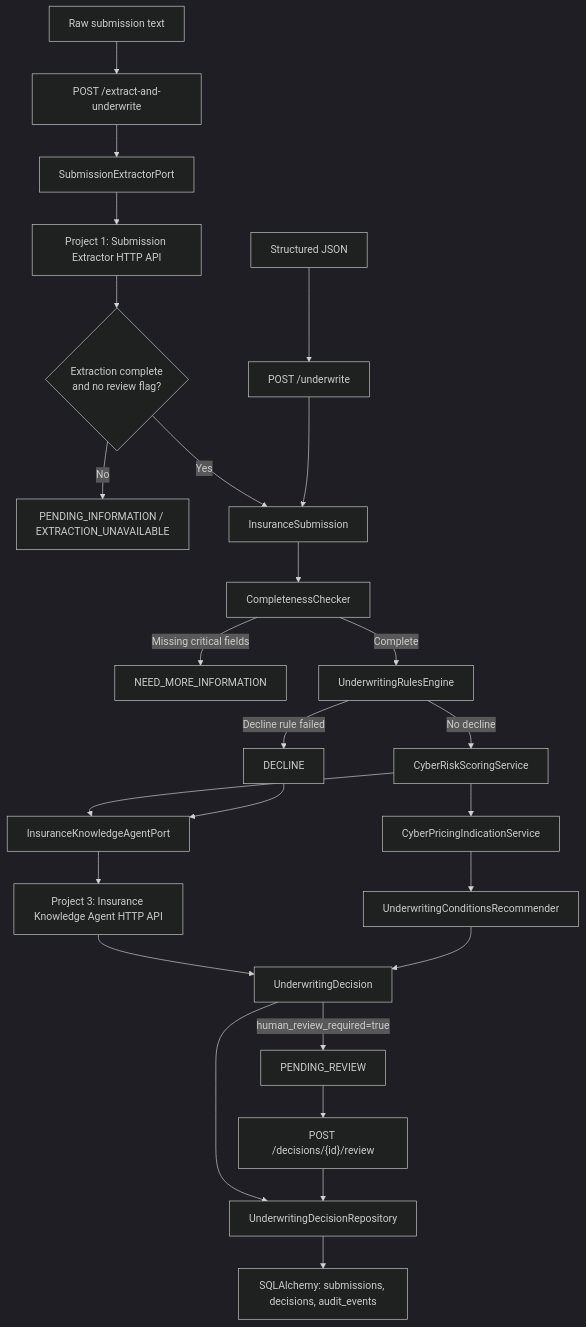
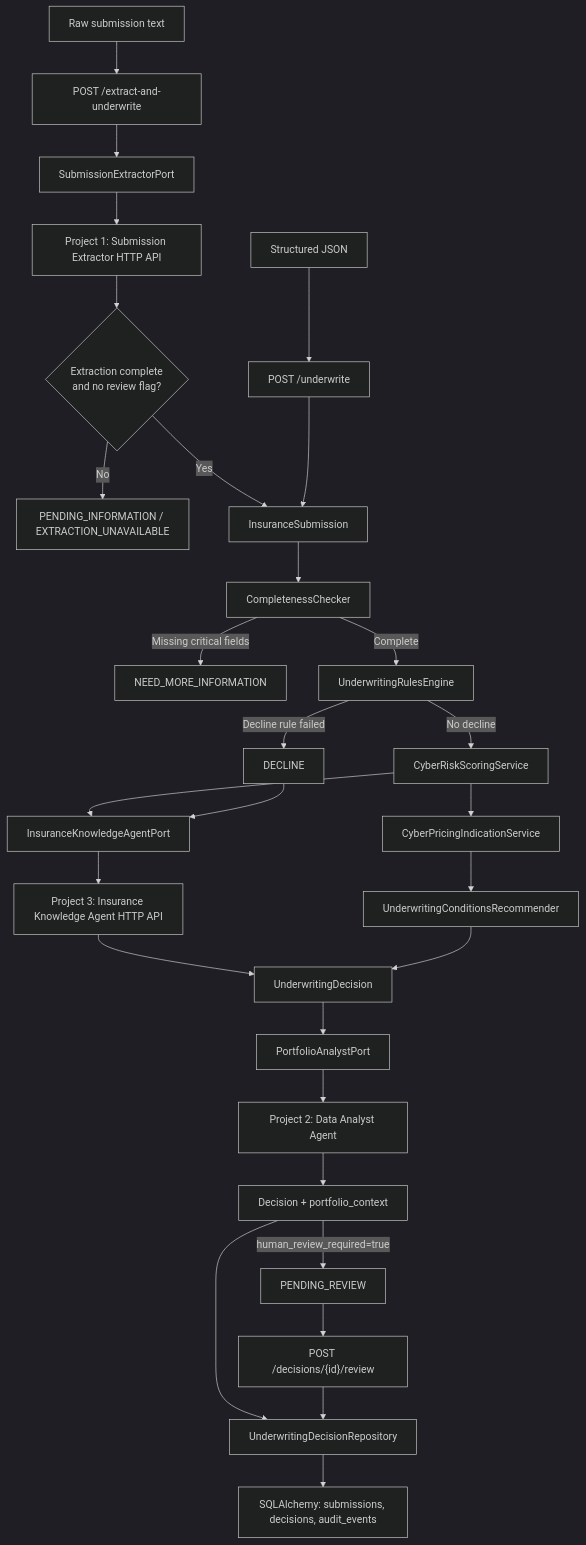
The first of 3 diagrams in docs/system-architecture.md (Kwame-K/underwriting-agent), drawn with Mermaid (dark theme) before and after one commit. The commit also changed other lines of this file and 3 other files, not shown here.

````diff
--- a/docs/system-architecture.md
+++ b/docs/system-architecture.md
@@ -22,33 +22,36 @@
 ```mermaid
 flowchart TD
     A[Raw submission text] --> B[POST /extract-and-underwrite]
     B --> C[SubmissionExtractorPort]
     C --> D[Project 1: Submission Extractor HTTP API]
     D --> E{Extraction complete\nand no review flag?}
     E -- No --> F[PENDING_INFORMATION / EXTRACTION_UNAVAILABLE]
     E -- Yes --> G[InsuranceSubmission]
 
     H[Structured JSON] --> I[POST /underwrite]
     I --> G
 
     G --> J[CompletenessChecker]
     J -- Missing critical fields --> K[NEED_MORE_INFORMATION]
     J -- Complete --> L[UnderwritingRulesEngine]
 
     L -- Decline rule failed --> M[DECLINE]
     L -- No decline --> N[CyberRiskScoringService]
 
     N --> O[CyberPricingIndicationService]
     O --> P[UnderwritingConditionsRecommender]
     N --> Q[InsuranceKnowledgeAgentPort]
     M --> Q
     Q --> R[Project 3: Insurance Knowledge Agent HTTP API]
     R --> S[UnderwritingDecision]
     P --> S
+    S --> PA[PortfolioAnalystPort]
+    PA --> P2[Project 2: Data Analyst Agent]
+    P2 --> S2[Decision + portfolio_context]
 
-    S --> T[UnderwritingDecisionRepository]
+    S2 --> T[UnderwritingDecisionRepository]
     T --> U[SQLAlchemy: submissions, decisions, audit_events]
-    S -- human_review_required=true --> V[PENDING_REVIEW]
+    S2 -- human_review_required=true --> V[PENDING_REVIEW]
     V --> W["POST /decisions/{id}/review"]
     W --> T
 ```
````
